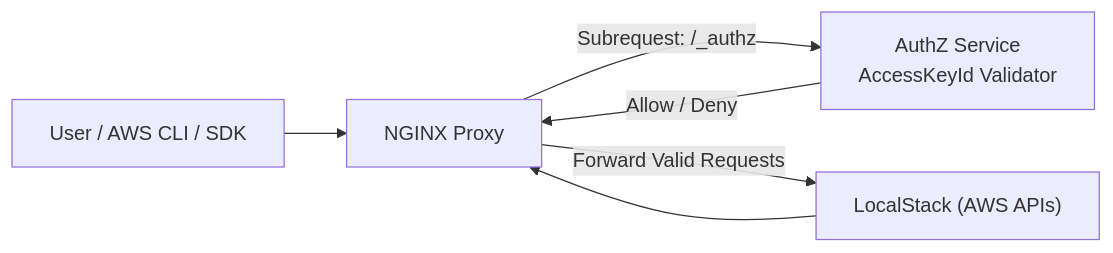
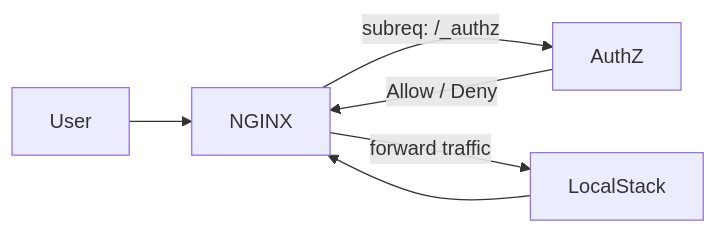
One commit to chxmxii/localstack-authz changed the diagram in README.md. Above: the diagram before and after it, drawn with Mermaid.

Commit message:
doc: update README file

````diff
--- a/README.md
+++ b/README.md
@@ -7,9 +7,9 @@
 ```mermaid
 graph LR
-    User["User / AWS CLI / SDK"] --> NGINX["NGINX Proxy"]
-    NGINX -->|Subrequest: /_authz| AuthZ["AuthZ Service<br/>AccessKeyId Validator"]
-    NGINX -->|Forward Valid Requests| LocalStack["LocalStack (AWS APIs)"]
+    User["User "] --> NGINX["NGINX"]
+    NGINX -->|subreq: /_authz| AuthZ["AuthZ"]
+    NGINX -->|forward traffic| LocalStack["LocalStack"]
     
     AuthZ -->|Allow / Deny| NGINX
     LocalStack --> NGINX
 ```
````
